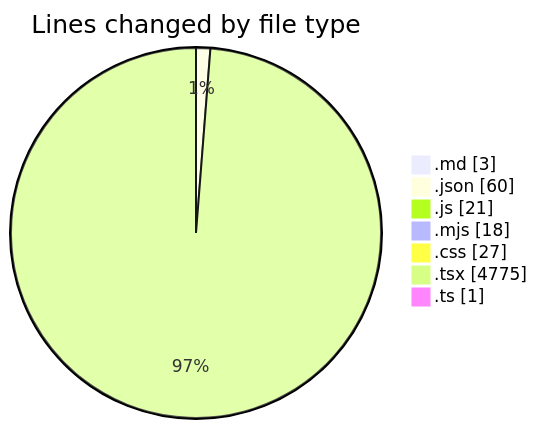
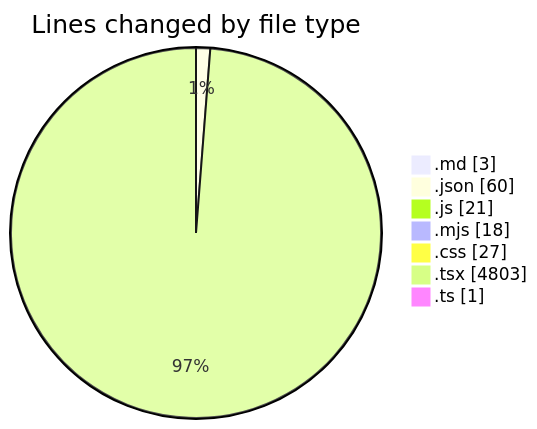
The first of 2 diagrams in 2025-06-18/scopesketch-app/README.md (Ritupan-Deka/code-tracking), drawn with Mermaid before and after one commit. The commit also changed other lines of this file and 1 other file, not shown here.

````diff
--- a/2025-06-18/scopesketch-app/README.md
+++ b/2025-06-18/scopesketch-app/README.md
@@ -31,11 +31,11 @@
 ```mermaid
 pie showData
 title Lines changed by file type
 ".md" : 3
 ".json" : 60
 ".js" : 21
 ".mjs" : 18
 ".css" : 27
-".tsx" : 4775
+".tsx" : 4803
 ".ts" : 1
 ```
````
